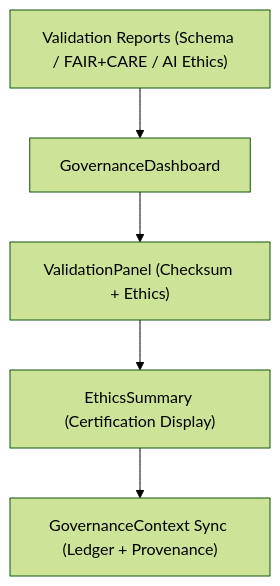
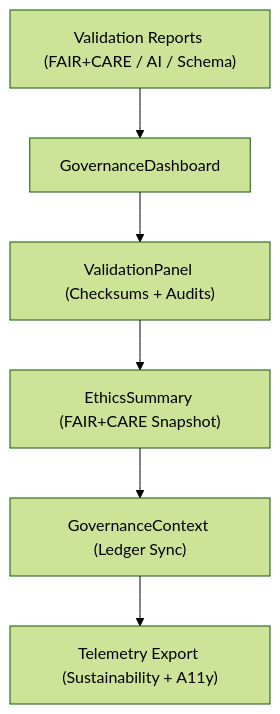
Before and after one commit to bartytime4life/Kansas-Frontier-Matrix: the diagram in web/src/components/Governance/README.md, drawn with Mermaid (forest theme). The commit also changed other lines of this file, not shown here.

````diff
--- a/web/src/components/Governance/README.md
+++ b/web/src/components/Governance/README.md
@@ -63,7 +54,8 @@
 ```mermaid
 flowchart TD
-    A["Validation Reports (Schema / FAIR+CARE / AI Ethics)"] --> B["GovernanceDashboard"]
-    B --> C["ValidationPanel (Checksum + Ethics)"]
-    C --> D["EthicsSummary (Certification Display)"]
-    D --> E["GovernanceContext Sync (Ledger + Provenance)"]
+A["Validation Reports (FAIR+CARE / AI / Schema)"] --> B["GovernanceDashboard"]
+B --> C["ValidationPanel (Checksums + Audits)"]
+C --> D["EthicsSummary (FAIR+CARE Snapshot)"]
+D --> E["GovernanceContext (Ledger Sync)"]
+E --> F["Telemetry Export (Sustainability + A11y)"]
 ```
````
